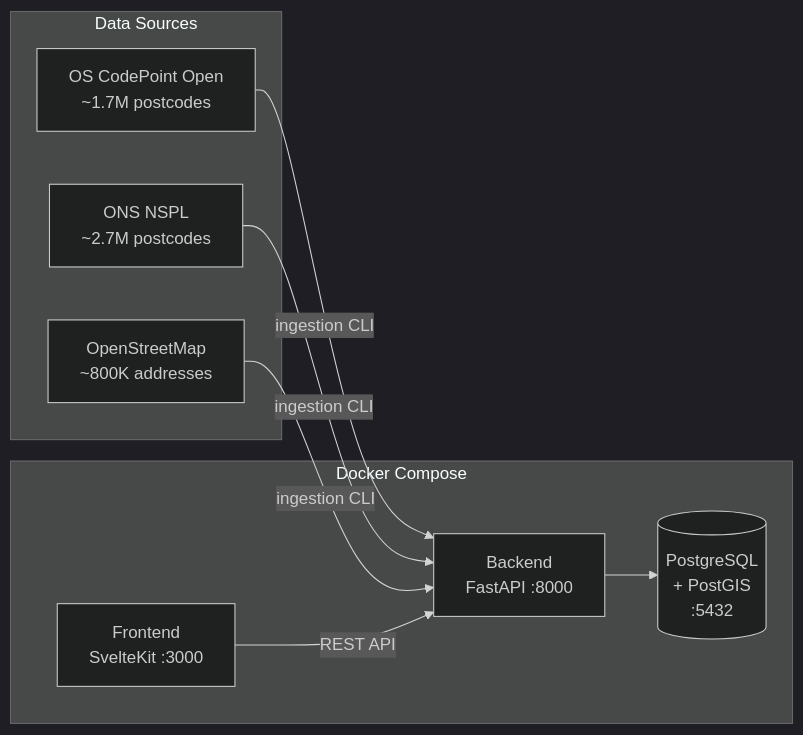
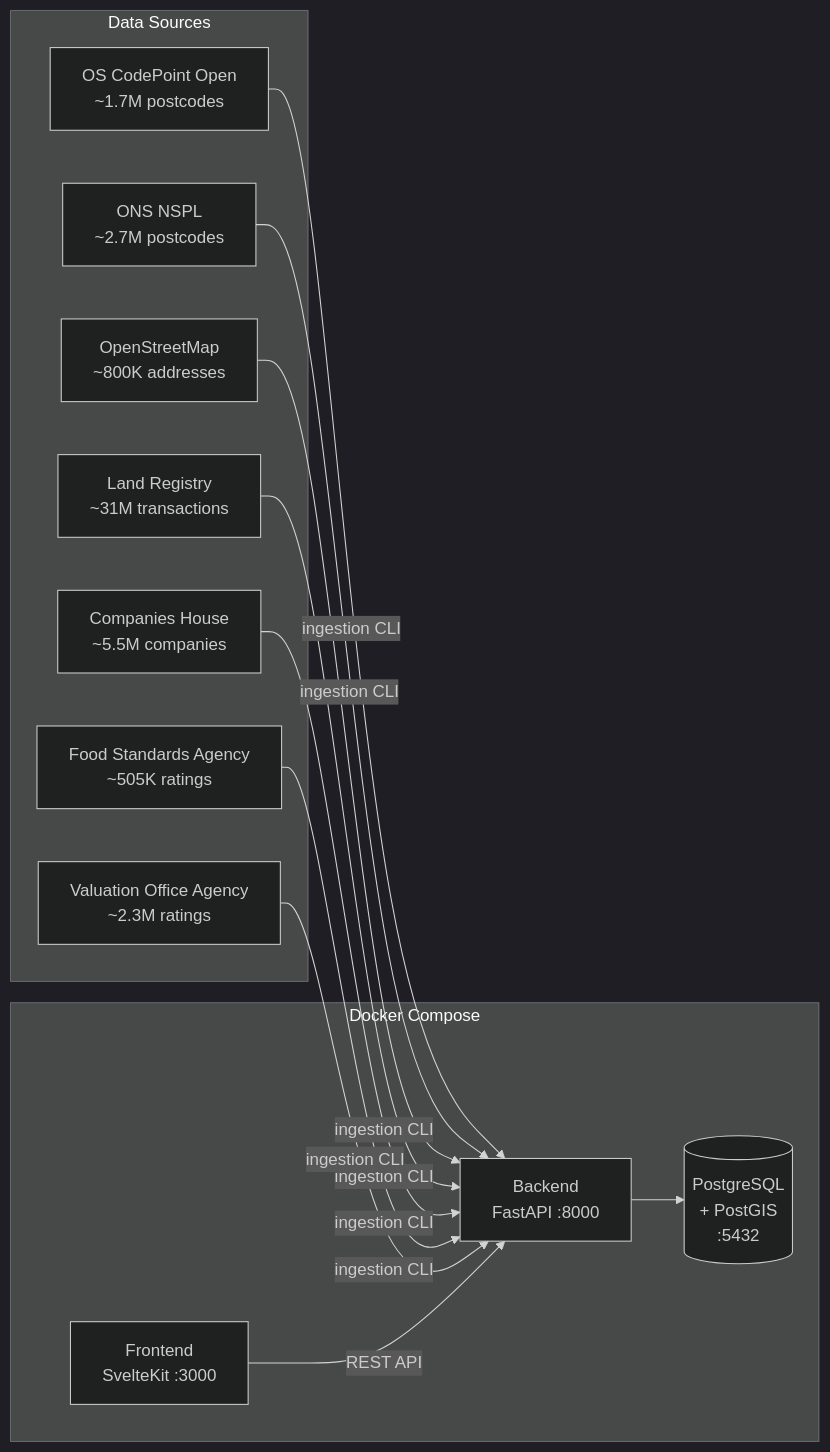
Before and after one commit to abnisar17/PostCode-Address-Lookup: the diagram in README.md, drawn with Mermaid (dark theme). The commit also changed other lines of this file and 2 other files, not shown here.

First line of the commit message:
Add VOA ratings display, view-details button, and update README

````diff
--- a/README.md
+++ b/README.md
@@ -7,18 +7,22 @@
 ```mermaid
 graph LR
     subgraph Data Sources
         CP[OS CodePoint Open<br/>~1.7M postcodes]
         NSPL[ONS NSPL<br/>~2.7M postcodes]
         OSM[OpenStreetMap<br/>~800K addresses]
+        LR[Land Registry<br/>~31M transactions]
+        CH[Companies House<br/>~5.5M companies]
+        FSA[Food Standards Agency<br/>~505K ratings]
+        VOA[Valuation Office Agency<br/>~2.3M ratings]
     end
 
     subgraph Docker Compose
         FE["Frontend<br/>SvelteKit :3000"]
         BE["Backend<br/>FastAPI :8000"]
         DB[("PostgreSQL<br/>+ PostGIS<br/>:5432")]
     end
 
-    CP & NSPL & OSM -->|ingestion CLI| BE
+    CP & NSPL & OSM & LR & CH & FSA & VOA -->|ingestion CLI| BE
     FE -->|REST API| BE
     BE --> DB
 ```
````
